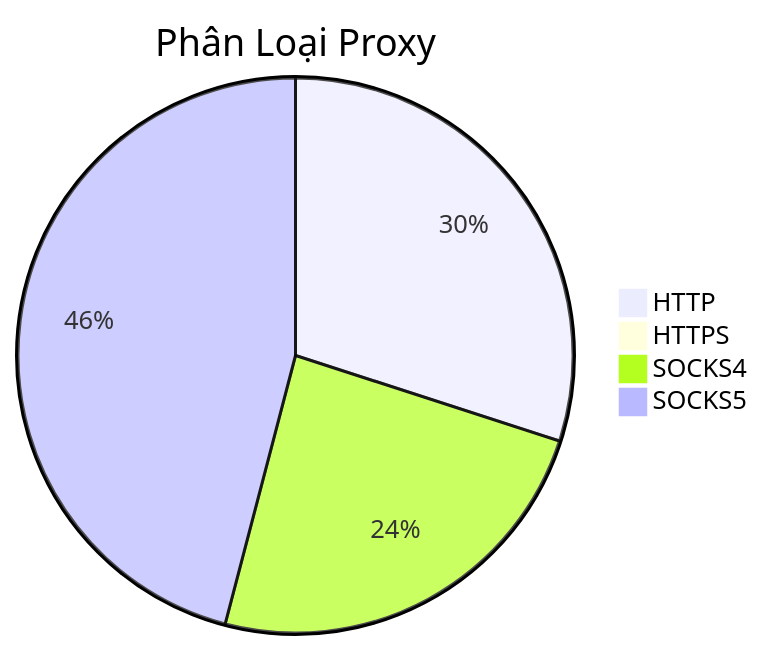
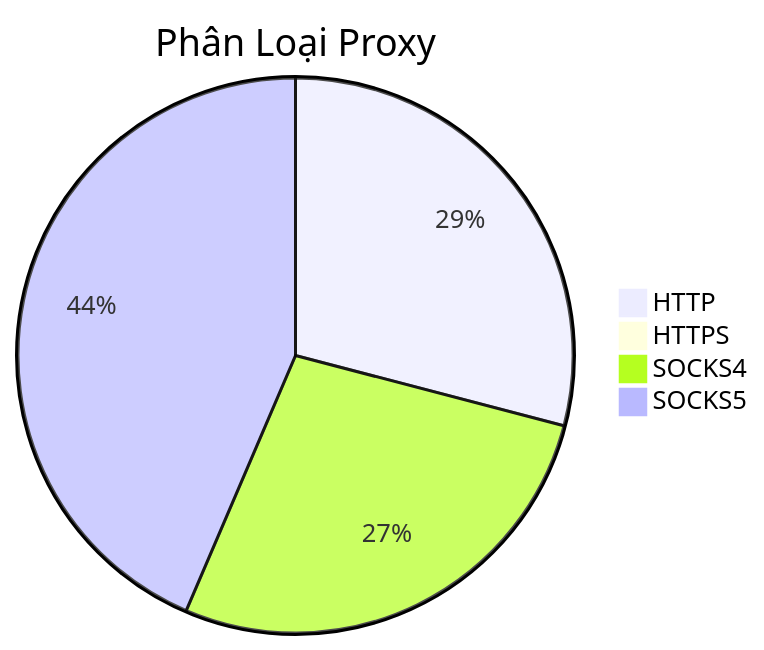
The diagram in README.md (Ciara-Aa/PROXY-free), drawn with Mermaid before and after one commit. The commit also changed other lines of this file and 4 other files, not shown here.

````diff
--- a/README.md
+++ b/README.md
@@ -26,7 +26,7 @@
 ```mermaid
 pie title Phân Loại Proxy
-    "HTTP" : 239
-    "HTTPS" : 1
-    "SOCKS4" : 192
-    "SOCKS5" : 366
+    "HTTP" : 255
+    "HTTPS" : 0
+    "SOCKS4" : 240
+    "SOCKS5" : 382
 ```
````
